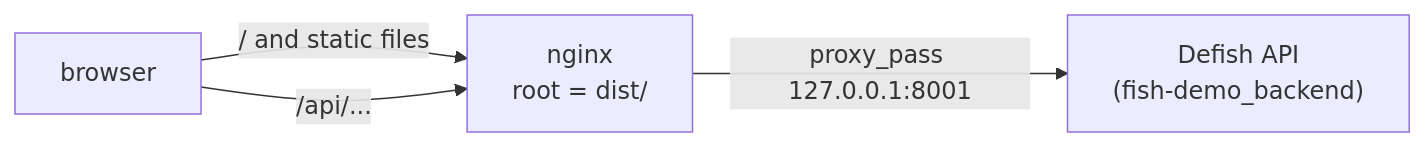
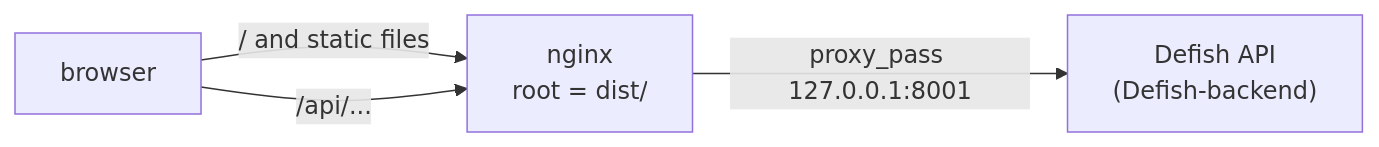
Before and after one commit to katzer-lab/Defish-Frontend: the third of 3 diagrams in docs/architecture.md, drawn with Mermaid. The commit also changed other lines of this file and 9 other files, not shown here.

````diff
--- a/docs/architecture.md
+++ b/docs/architecture.md
@@ -108,6 +108,6 @@
 ```mermaid
 flowchart LR
     B["browser"] -->|"/ and static files"| N["nginx<br/>root = dist/"]
     B -->|"/api/..."| N
-    N -->|"proxy_pass 127.0.0.1:8001"| A["Defish API<br/>(fish-demo_backend)"]
+    N -->|"proxy_pass 127.0.0.1:8001"| A["Defish API<br/>(Defish-backend)"]
 ```
````
